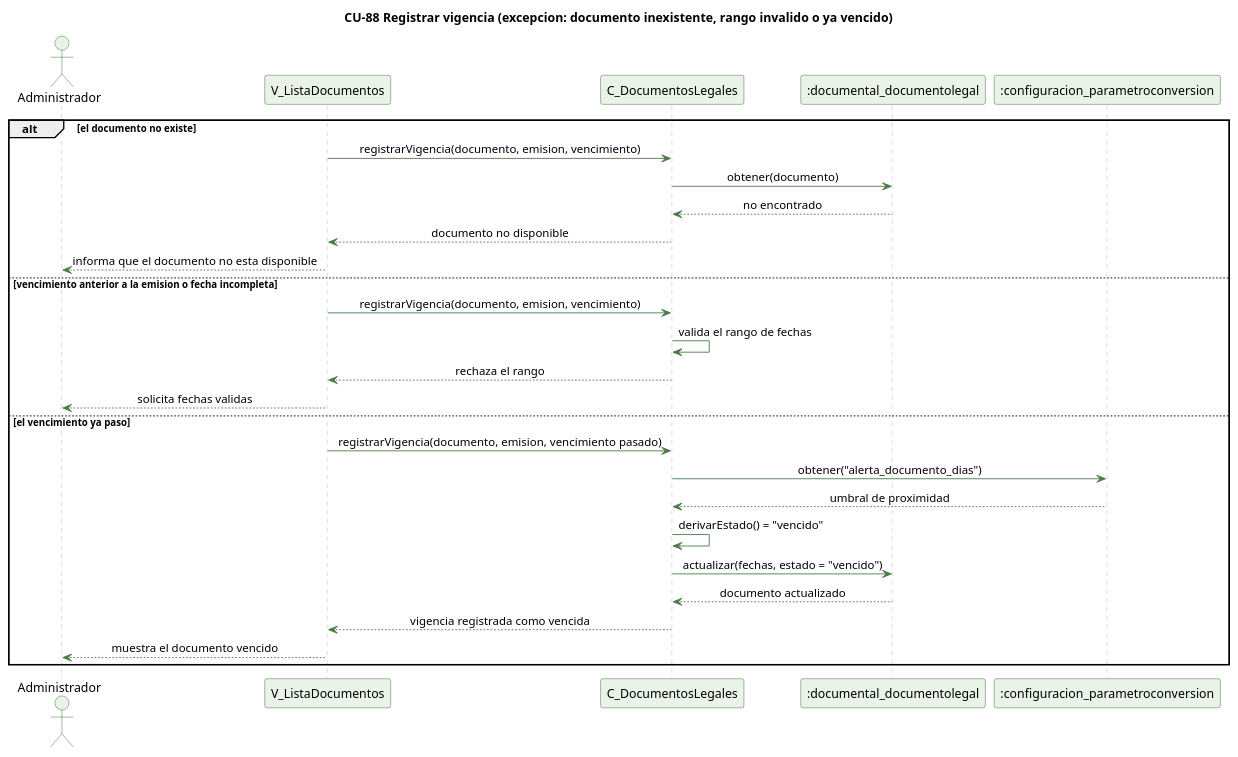
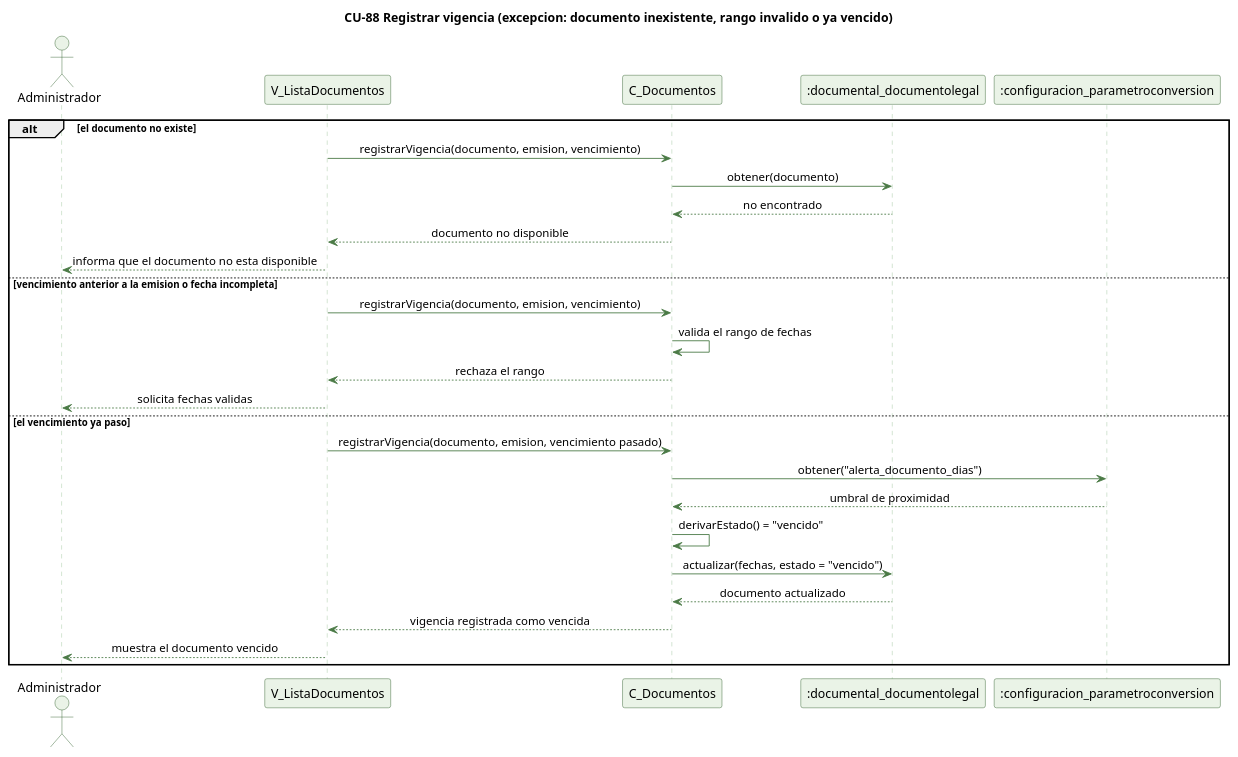
One commit to kenjikaese/Triverde changed the diagram in docs/trabajo-grupal/diagramas/secuencias/cu88-registrar-vigencia-excepcion.puml. Above: the diagram before and after it, drawn with PlantUML. The commit also changed 41 other files, not shown here.

```diff
--- a/docs/trabajo-grupal/diagramas/secuencias/cu88-registrar-vigencia-excepcion.puml
+++ b/docs/trabajo-grupal/diagramas/secuencias/cu88-registrar-vigencia-excepcion.puml
@@ -1,44 +1,44 @@
 @startuml cu88-registrar-vigencia-excepcion
 ' CU-88 Registrando la vigencia de un documento - flujo de excepcion
 skinparam backgroundColor #FFFFFF
 skinparam shadowing false
 skinparam defaultFontName Helvetica
 skinparam sequenceMessageAlign center
 skinparam ParticipantBackgroundColor #EAF3E7
 skinparam ParticipantBorderColor #2E5E2A
 skinparam ActorBackgroundColor #EAF3E7
 skinparam ActorBorderColor #2E5E2A
 skinparam sequenceLifeLineBorderColor #9CC49A
 skinparam ArrowColor #4B7A46
 
 title CU-88 Registrar vigencia (excepcion: documento inexistente, rango invalido o ya vencido)
 
 actor Administrador
 participant "V_ListaDocumentos" as V
-participant "C_DocumentosLegales" as C
+participant "C_Documentos" as C
 participant ":documental_documentolegal" as DL
 participant ":configuracion_parametroconversion" as PC
 
 alt el documento no existe
   V -> C : registrarVigencia(documento, emision, vencimiento)
   C -> DL : obtener(documento)
   DL --> C : no encontrado
   C --> V : documento no disponible
   V --> Administrador : informa que el documento no esta disponible
 else vencimiento anterior a la emision o fecha incompleta
   V -> C : registrarVigencia(documento, emision, vencimiento)
   C -> C : valida el rango de fechas
   C --> V : rechaza el rango
   V --> Administrador : solicita fechas validas
 else el vencimiento ya paso
   V -> C : registrarVigencia(documento, emision, vencimiento pasado)
   C -> PC : obtener("alerta_documento_dias")
   PC --> C : umbral de proximidad
   C -> C : derivarEstado() = "vencido"
   C -> DL : actualizar(fechas, estado = "vencido")
   DL --> C : documento actualizado
   C --> V : vigencia registrada como vencida
   V --> Administrador : muestra el documento vencido
 end
 
 @enduml
```
